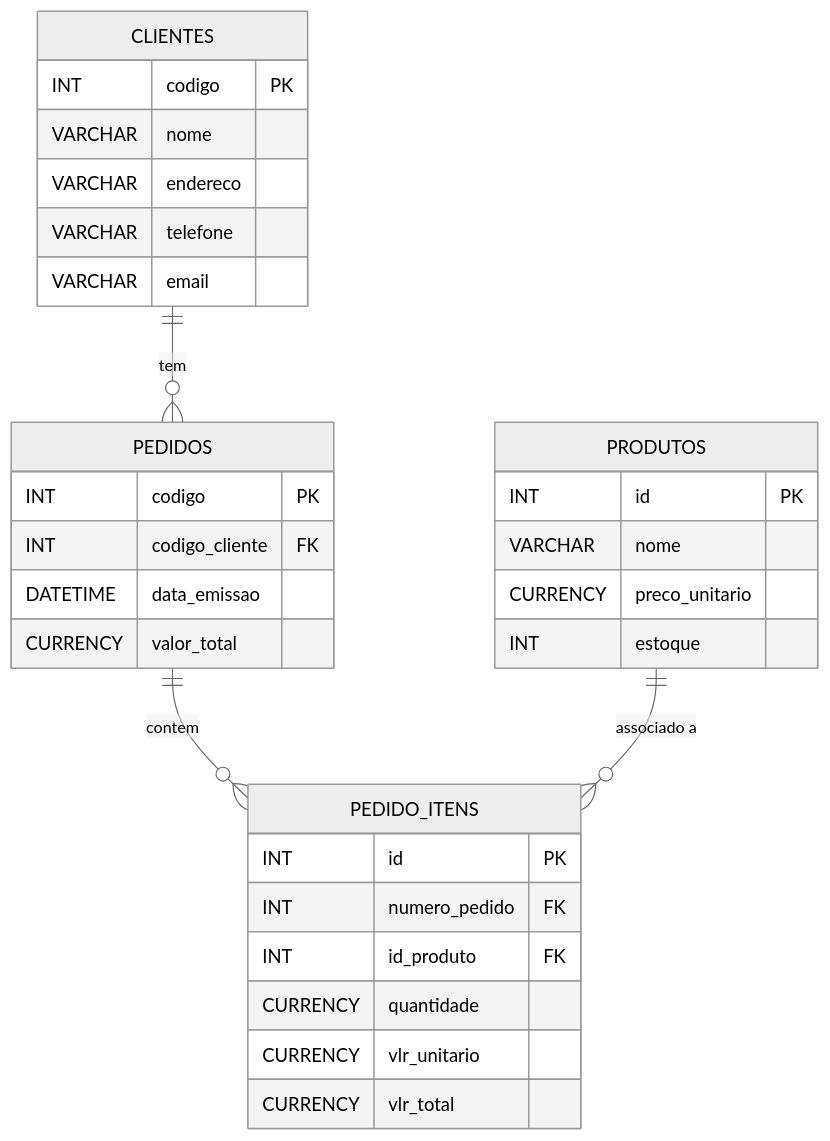
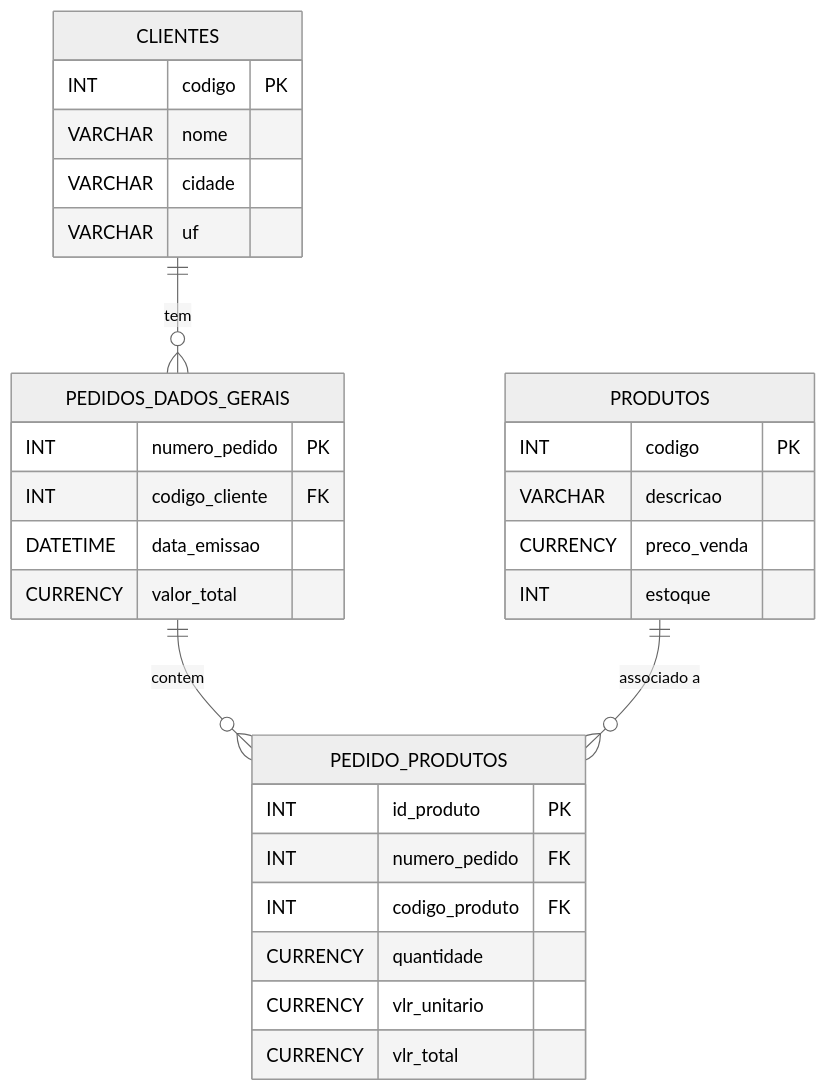
One commit to kardecDev/testWK changed the second of 2 diagrams in README.md. Above: the diagram before and after it, drawn with Mermaid (neutral theme). The commit also changed other lines of this file, not shown here.

````diff
--- a/README.md
+++ b/README.md
@@ -74,37 +73,36 @@
 ```mermaid
 erDiagram
     CLIENTES {
         INT codigo PK
         VARCHAR nome
-        VARCHAR endereco
-        VARCHAR telefone
-        VARCHAR email
+        VARCHAR cidade
+        VARCHAR uf
     }
 
-    PEDIDOS {
-        INT codigo PK
+    PEDIDOS_DADOS_GERAIS {
+        INT numero_pedido PK
         INT codigo_cliente FK
         DATETIME data_emissao
         CURRENCY valor_total
     }
 
     PRODUTOS {
-        INT id PK
-        VARCHAR nome
-        CURRENCY preco_unitario
+        INT codigo PK
+        VARCHAR descricao
+        CURRENCY preco_venda
         INT estoque
     }
 
-    PEDIDO_ITENS {
-        INT id PK
+    PEDIDO_PRODUTOS {
+        INT id_produto PK
         INT numero_pedido FK
-        INT id_produto FK
+        INT codigo_produto FK
         CURRENCY quantidade
         CURRENCY vlr_unitario
         CURRENCY vlr_total
     }
 
-    CLIENTES ||--o{ PEDIDOS : "tem"
-    PEDIDOS ||--o{ PEDIDO_ITENS : "contem"
-    PRODUTOS ||--o{ PEDIDO_ITENS : "associado a"
+    CLIENTES ||--o{ PEDIDOS_DADOS_GERAIS : "tem"
+    PEDIDOS_DADOS_GERAIS ||--o{ PEDIDO_PRODUTOS : "contem"
+    PRODUTOS ||--o{ PEDIDO_PRODUTOS : "associado a"
 ```
````
